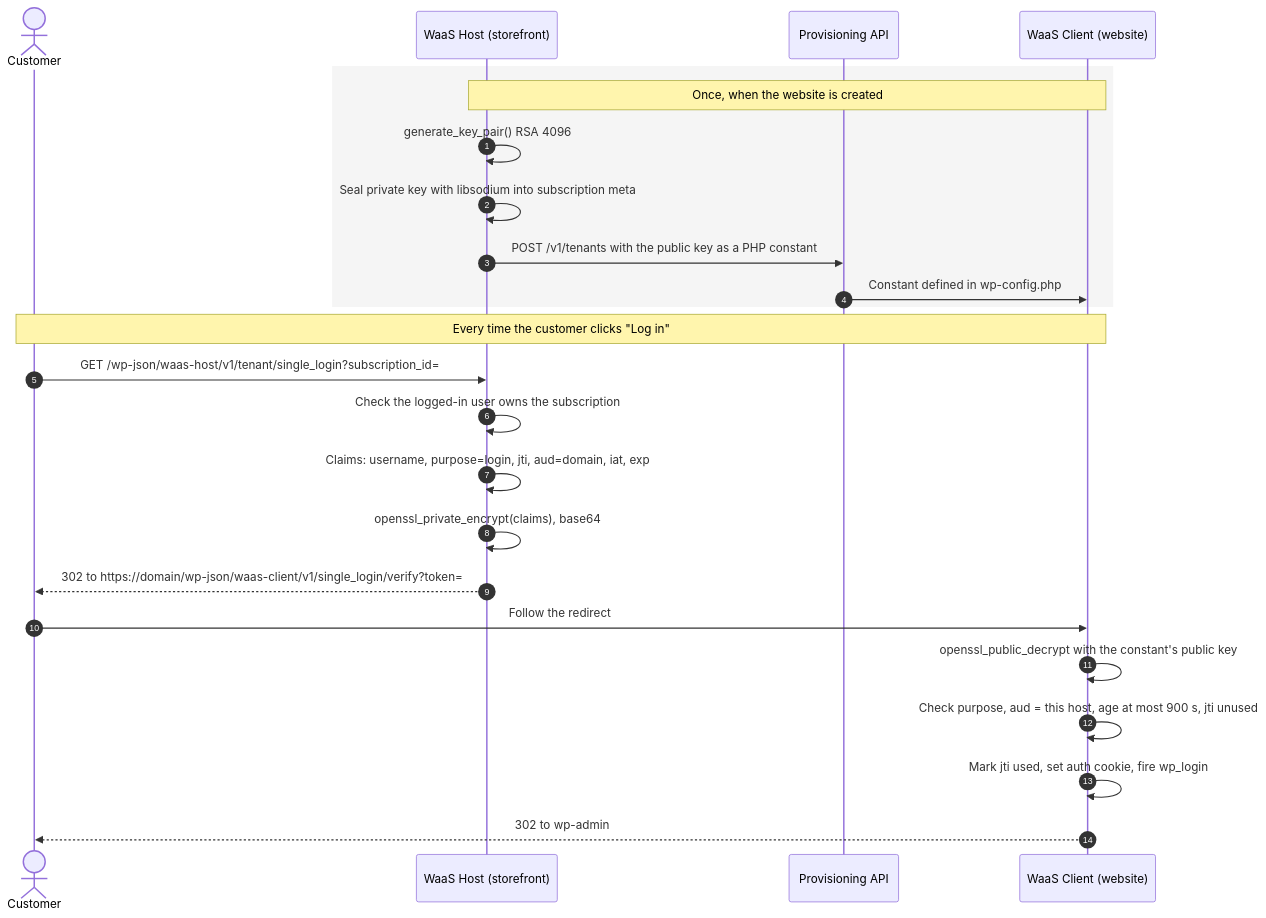
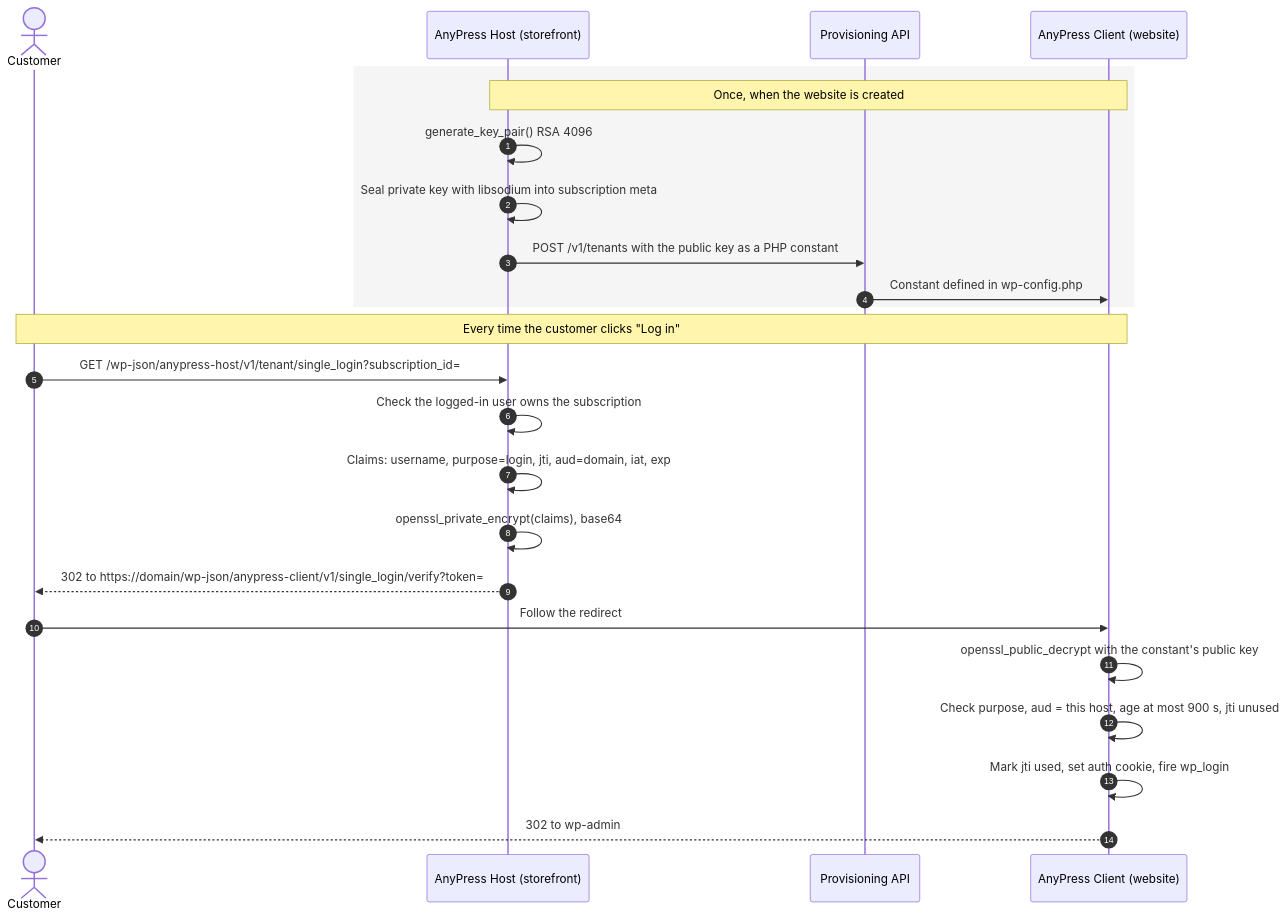
Before and after one commit to hamchowderr/waas-plugins: the third of 5 diagrams in docs/architecture/README.md, drawn with Mermaid. The commit also changed other lines of this file and 645 other files, not shown here.

First line of the commit message:
Rename the plugins to AnyPress Host, Client and Payments everywhere (waas-api-x4a) (#131)

````diff
--- a/docs/architecture/README.md
+++ b/docs/architecture/README.md
@@ -107,28 +107,28 @@
 ```mermaid
 sequenceDiagram
   autonumber
   actor C as Customer
-  participant HOST as WaaS Host (storefront)
+  participant HOST as AnyPress Host (storefront)
   participant API as Provisioning API
-  participant CL as WaaS Client (website)
+  participant CL as AnyPress Client (website)
 
   rect rgba(127,127,127,0.08)
   Note over HOST,CL: Once, when the website is created
   HOST->>HOST: generate_key_pair() RSA 4096
   HOST->>HOST: Seal private key with libsodium into subscription meta
   HOST->>API: POST /v1/tenants with the public key as a PHP constant
   API->>CL: Constant defined in wp-config.php
   end
 
   Note over C,CL: Every time the customer clicks "Log in"
-  C->>HOST: GET /wp-json/waas-host/v1/tenant/single_login?subscription_id=
+  C->>HOST: GET /wp-json/anypress-host/v1/tenant/single_login?subscription_id=
   HOST->>HOST: Check the logged-in user owns the subscription
   HOST->>HOST: Claims: username, purpose=login, jti, aud=domain, iat, exp
   HOST->>HOST: openssl_private_encrypt(claims), base64
-  HOST-->>C: 302 to https://domain/wp-json/waas-client/v1/single_login/verify?token=
+  HOST-->>C: 302 to https://domain/wp-json/anypress-client/v1/single_login/verify?token=
   C->>CL: Follow the redirect
   CL->>CL: openssl_public_decrypt with the constant's public key
   CL->>CL: Check purpose, aud = this host, age at most 900 s, jti unused
   CL->>CL: Mark jti used, set auth cookie, fire wp_login
   CL-->>C: 302 to wp-admin
 ```
````
